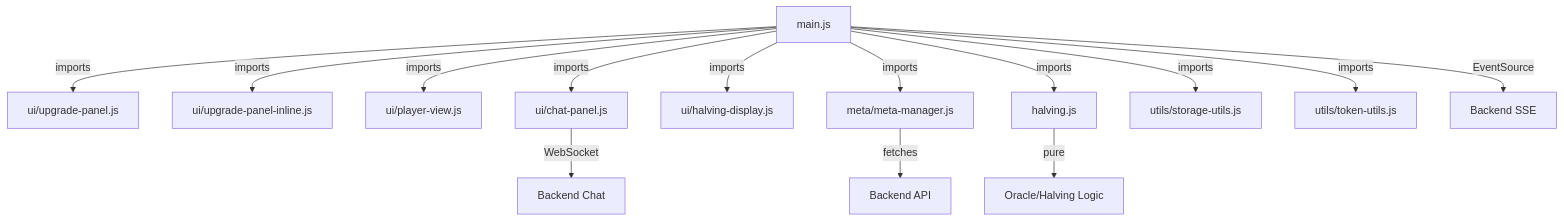
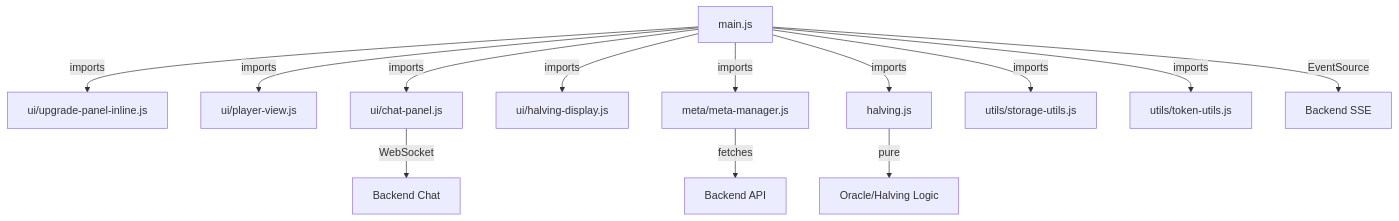
One commit to weudlll-cyber/Frontend-mining-tycoon changed the diagram in CODE_ORGANIZATION.md. Above: the diagram before and after it, drawn with Mermaid. The commit also changed other lines of this file and 48 other files, not shown here.

````diff
--- a/CODE_ORGANIZATION.md
+++ b/CODE_ORGANIZATION.md
@@ -108,16 +108,15 @@
 ```mermaid
 graph TD
-    A[main.js] -->|imports| B[ui/upgrade-panel.js]
-    A -->|imports| C[ui/upgrade-panel-inline.js]
+    A[main.js] -->|imports| C[ui/upgrade-panel-inline.js]
     A -->|imports| D[ui/player-view.js]
     A -->|imports| E[ui/chat-panel.js]
     A -->|imports| F[ui/halving-display.js]
     A -->|imports| G[meta/meta-manager.js]
     A -->|imports| H[halving.js]
     A -->|imports| I[utils/storage-utils.js]
     A -->|imports| J[utils/token-utils.js]
     H -->|pure| K["Oracle/Halving Logic"]
     G -->|fetches| L[Backend API]
     E -->|WebSocket| M[Backend Chat]
     A -->|EventSource| N[Backend SSE]
 ```
````
